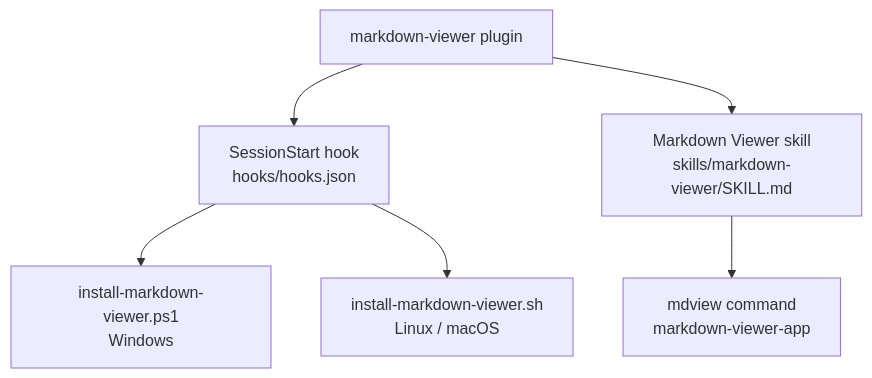
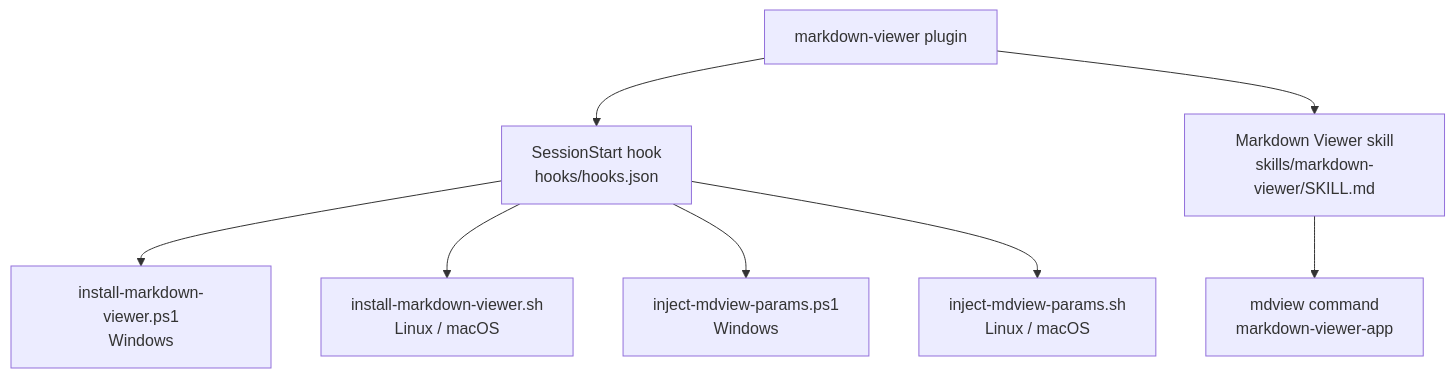
One commit to dimpletz/prompts-collection changed the diagram in plugins/markdown-viewer/README.md. Above: the diagram before and after it, drawn with Mermaid. The commit also changed other lines of this file and 7 other files, not shown here.

Commit message:
feat: bump version to 1.9.0, update markdown-viewer plugin to 1.1.0 with new session hooks for parameter injection

````diff
--- a/plugins/markdown-viewer/README.md
+++ b/plugins/markdown-viewer/README.md
@@ -52,9 +52,11 @@
 ```mermaid
 graph TD
     A[markdown-viewer plugin]
     A --> B[SessionStart hook<br/>hooks/hooks.json]
     A --> C[Markdown Viewer skill<br/>skills/markdown-viewer/SKILL.md]
     B --> D[install-markdown-viewer.ps1<br/>Windows]
     B --> E[install-markdown-viewer.sh<br/>Linux / macOS]
-    C --> F[mdview command<br/>markdown-viewer-app]
+    B --> F[inject-mdview-params.ps1<br/>Windows]
+    B --> G[inject-mdview-params.sh<br/>Linux / macOS]
+    C --> H[mdview command<br/>markdown-viewer-app]
 ```
````
